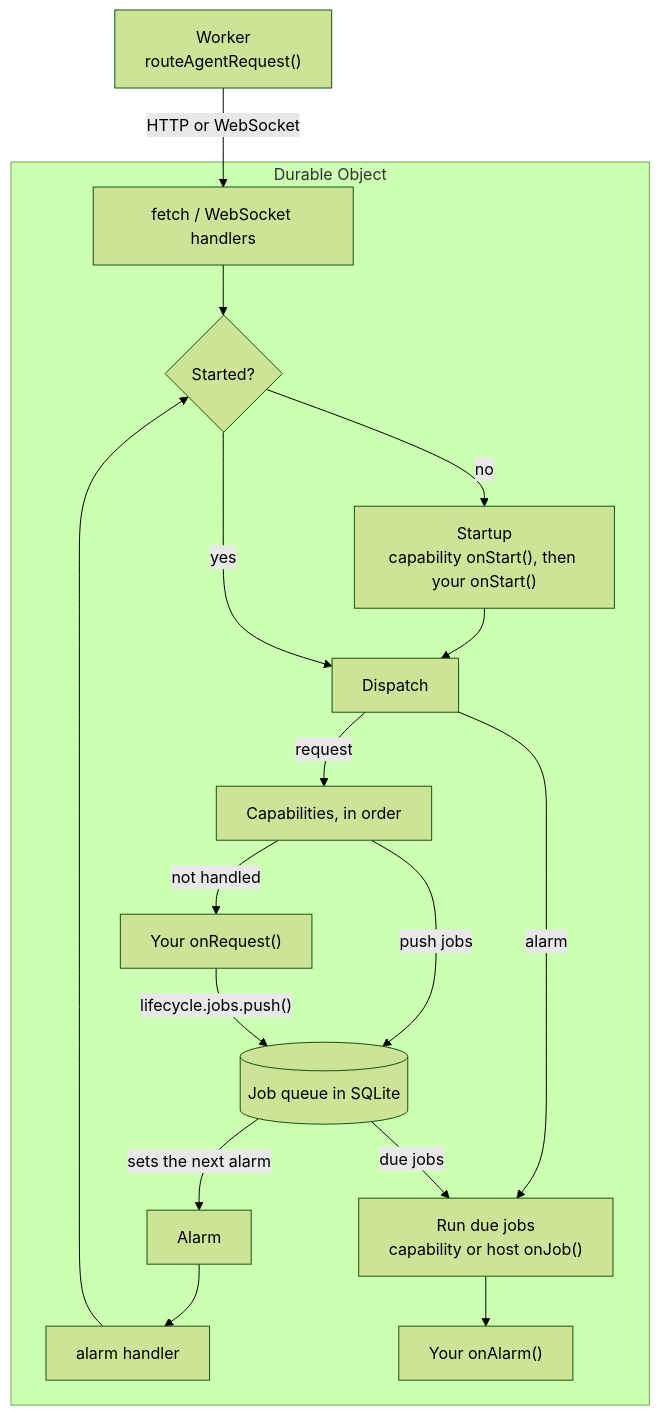
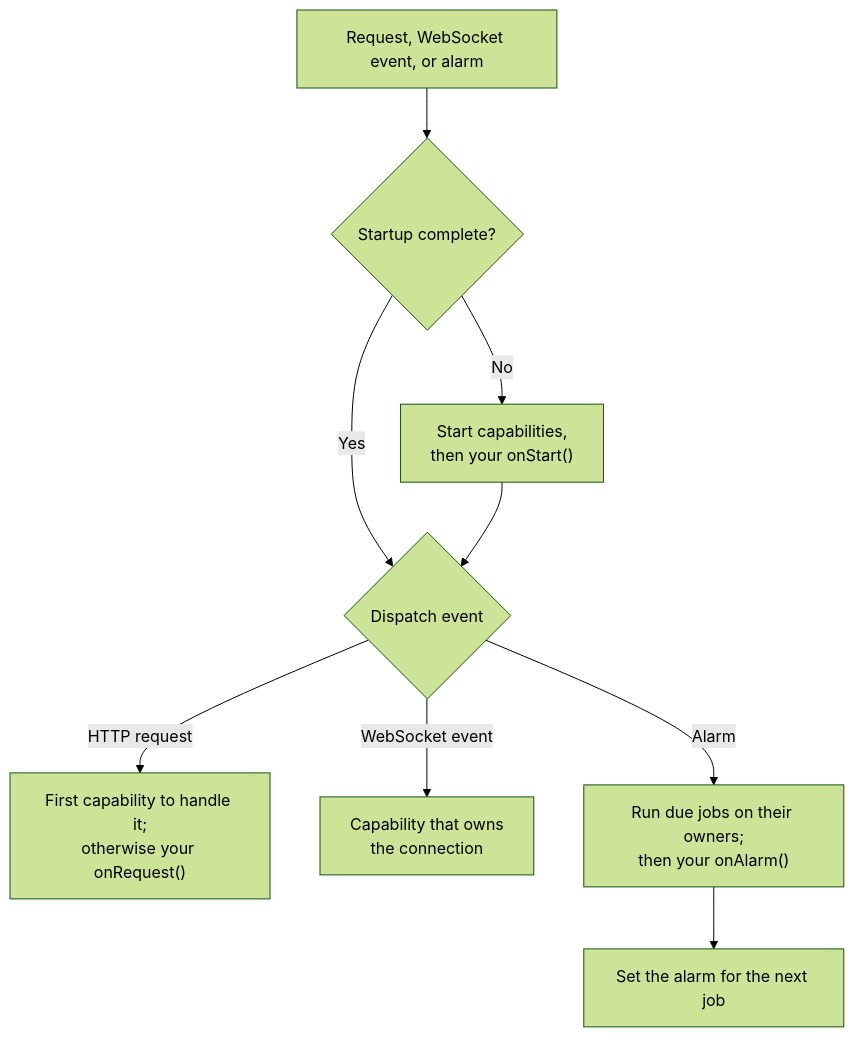
The diagram in src/content/docs/agents/runtime/lifecycle/index.mdx (cloudflare/cloudflare-docs), drawn with Mermaid (forest theme) before and after one commit. The commit also changed other lines of this file and 6 other files, not shown here.

````diff
--- a/src/content/docs/agents/runtime/lifecycle/index.mdx
+++ b/src/content/docs/agents/runtime/lifecycle/index.mdx
@@ -30,20 +30,13 @@
 ```mermaid
 flowchart TB
-    W["Worker<br/>routeAgentRequest()"] -->|"HTTP or WebSocket"| F
-    A["Alarm"] --> AL
-    subgraph DO["Durable Object"]
-        F["fetch / WebSocket handlers"] --> S
-        AL["alarm handler"] --> S
-        S{"Started?"} -->|"no"| ST["Startup<br/>capability onStart(), then your onStart()"]
-        ST --> D
-        S -->|"yes"| D["Dispatch"]
-        D -->|"request"| C["Capabilities, in order"]
-        C -->|"not handled"| R["Your onRequest()"]
-        D -->|"alarm"| J["Run due jobs<br/>capability or host onJob()"]
-        J --> OA["Your onAlarm()"]
-        Q[("Job queue in SQLite")] -->|"due jobs"| J
-        C -->|"push jobs"| Q
-        R -->|"lifecycle.jobs.push()"| Q
-        Q -->|"sets the next alarm"| A
-    end
+    accTitle: Lifecycle startup and event dispatch
+    accDescr: Lifecycle starts capabilities and the host once per in-memory lifetime, then dispatches HTTP requests, WebSocket events, and alarms to their handlers.
+    E["Request, WebSocket event, or alarm"] --> S{"Startup complete?"}
+    S -->|"No"| ST["Start capabilities,<br/>then your onStart()"]
+    S -->|"Yes"| D{"Dispatch event"}
+    ST --> D
+    D -->|"HTTP request"| R["First capability to handle it;<br/>otherwise your onRequest()"]
+    D -->|"WebSocket event"| W["Capability that owns<br/>the connection"]
+    D -->|"Alarm"| J["Run due jobs on their owners;<br/>then your onAlarm()"]
+    J --> A["Set the alarm for the next job"]
 ```
````
